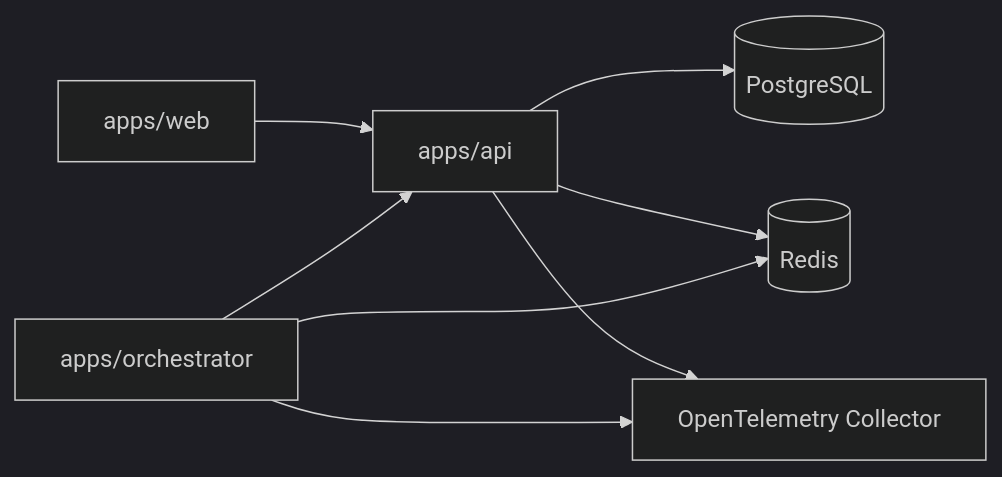
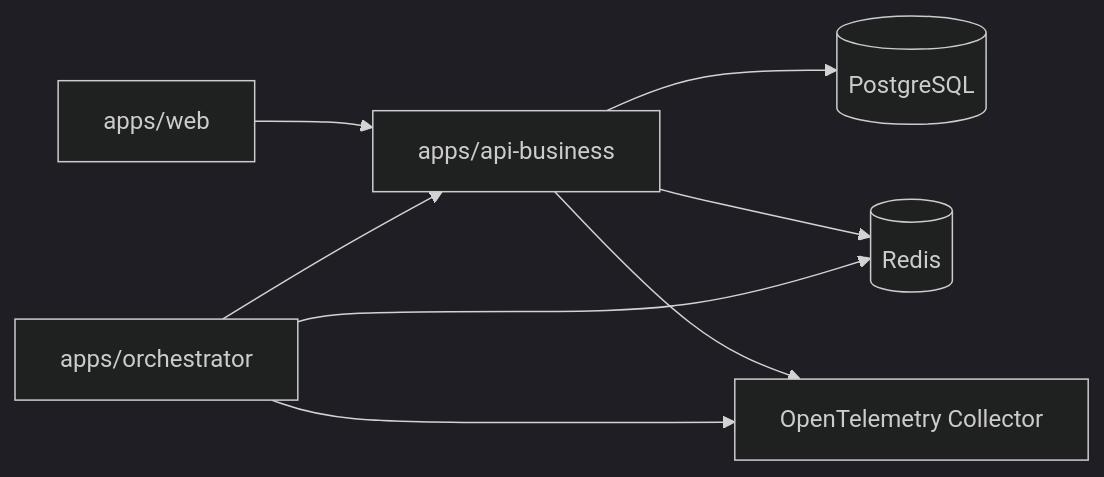
Before and after one commit to CiceroDeveloper01/rag-platform: the diagram in docs/wiki/Running-Locally.md, drawn with Mermaid (dark theme). The commit also changed 527 other files, not shown here.

Commit message:
refactor: align monorepo with web, api-web, api-business and orchestrator boundaries

````diff
--- a/docs/wiki/Running-Locally.md
+++ b/docs/wiki/Running-Locally.md
@@ -7,10 +7,10 @@
 ```mermaid
 flowchart LR
-    Web[apps/web] --> API[apps/api]
+    Web[apps/web] --> API[apps/api-business]
     API --> Postgres[(PostgreSQL)]
     API --> Redis[(Redis)]
     Orchestrator[apps/orchestrator] --> Redis
     Orchestrator --> API
     API --> OTel[OpenTelemetry Collector]
     Orchestrator --> OTel
 ```
````
